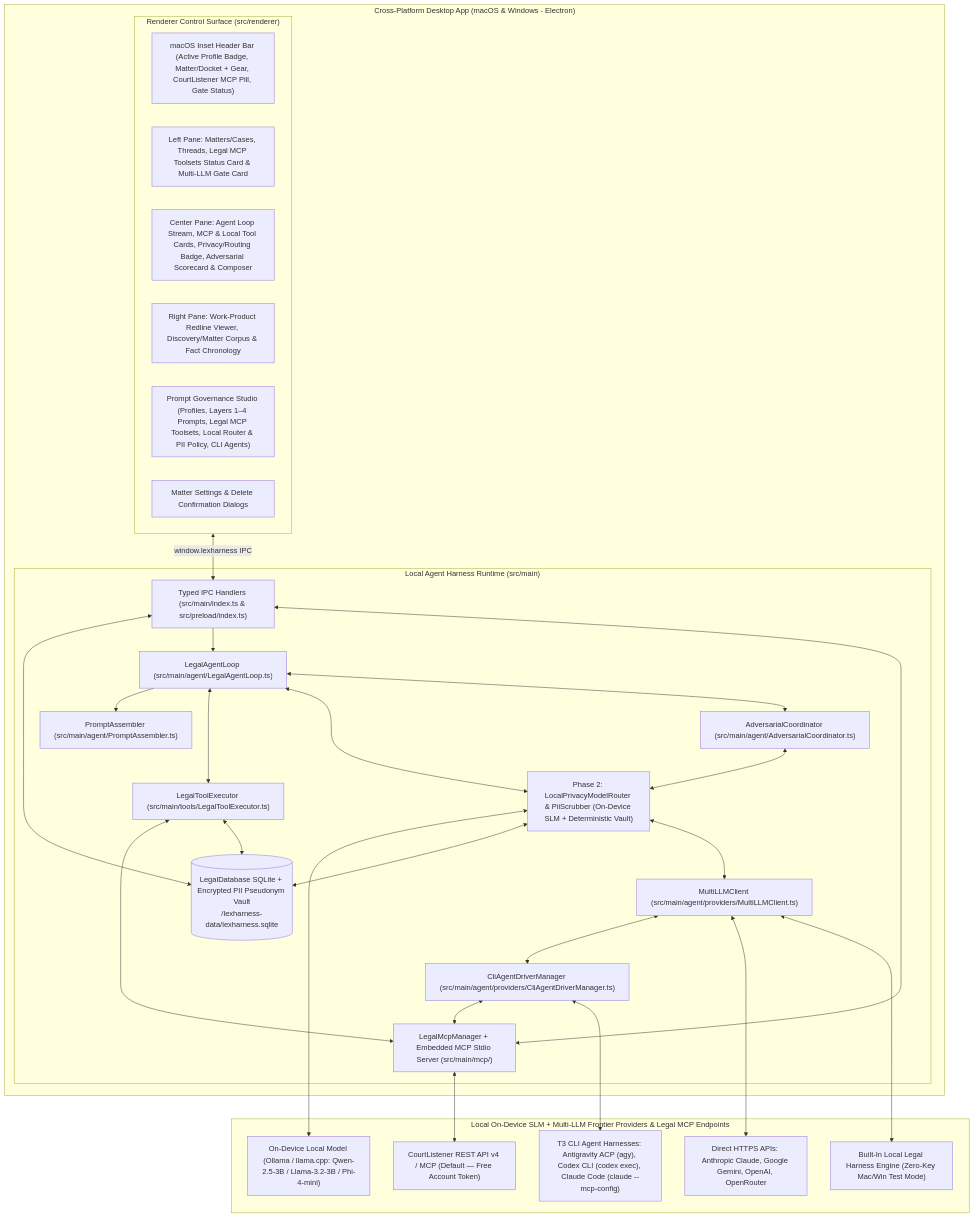
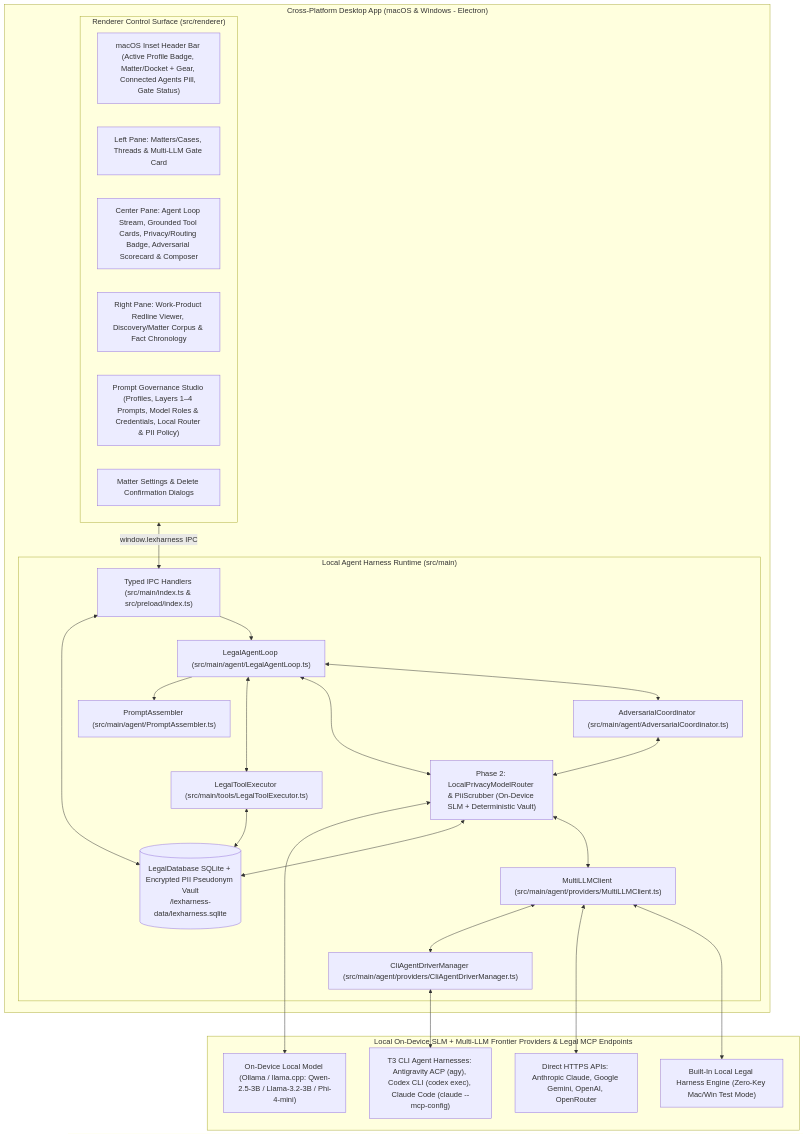
Before and after one commit to bentito/free-legal-assist: the first of 2 diagrams in docs/PLAN.md, drawn with Mermaid. The commit also changed other lines of this file and 14 other files, not shown here.

Commit message:
Refactor: remove harness-managed MCP and decouple MCP tooling into agent runtime

````diff
--- a/docs/PLAN.md
+++ b/docs/PLAN.md
@@ -22,55 +22,49 @@
 ```mermaid
 flowchart TB
     subgraph Desktop["Cross-Platform Desktop App (macOS & Windows - Electron)"]
         subgraph UI["Renderer Control Surface (src/renderer)"]
-            Header["macOS Inset Header Bar (Active Profile Badge, Matter/Docket + Gear, CourtListener MCP Pill, Gate Status)"]
-            LeftSidebar["Left Pane: Matters/Cases, Threads, Legal MCP Toolsets Status Card & Multi-LLM Gate Card"]
-            CenterStream["Center Pane: Agent Loop Stream, MCP & Local Tool Cards, Privacy/Routing Badge, Adversarial Scorecard & Composer"]
+            Header["macOS Inset Header Bar (Active Profile Badge, Matter/Docket + Gear, Connected Agents Pill, Gate Status)"]
+            LeftSidebar["Left Pane: Matters/Cases, Threads & Multi-LLM Gate Card"]
+            CenterStream["Center Pane: Agent Loop Stream, Grounded Tool Cards, Privacy/Routing Badge, Adversarial Scorecard & Composer"]
             RightPane["Right Pane: Work-Product Redline Viewer, Discovery/Matter Corpus & Fact Chronology"]
-            StudioModal["Prompt Governance Studio (Profiles, Layers 1–4 Prompts, Legal MCP Toolsets, Local Router & PII Policy, CLI Agents)"]
+            StudioModal["Prompt Governance Studio (Profiles, Layers 1–4 Prompts, Model Roles & Credentials, Local Router & PII Policy)"]
             MatterModal["Matter Settings & Delete Confirmation Dialogs"]
         end
 
         subgraph Core["Local Agent Harness Runtime (src/main)"]
             IPC["Typed IPC Handlers (src/main/index.ts & src/preload/index.ts)"]
             Orchestrator["LegalAgentLoop (src/main/agent/LegalAgentLoop.ts)"]
             PromptAssembler["PromptAssembler (src/main/agent/PromptAssembler.ts)"]
             RouterGateway["Phase 2: LocalPrivacyModelRouter & PiiScrubber (On-Device SLM + Deterministic Vault)"]
-            McpManager["LegalMcpManager + Embedded MCP Stdio Server (src/main/mcp/)"]
             CliDrivers["CliAgentDriverManager (src/main/agent/providers/CliAgentDriverManager.ts)"]
             AdversarialEngine["AdversarialCoordinator (src/main/agent/AdversarialCoordinator.ts)"]
             LLMClient["MultiLLMClient (src/main/agent/providers/MultiLLMClient.ts)"]
             ToolRunner["LegalToolExecutor (src/main/tools/LegalToolExecutor.ts)"]
             DB[("LegalDatabase SQLite + Encrypted PII Pseudonym Vault\n<userData>/lexharness-data/lexharness.sqlite")]
         end
     end
 
     subgraph Providers["Local On-Device SLM + Multi-LLM Frontier Providers & Legal MCP Endpoints"]
         LocalSLM["On-Device Local Model (Ollama / llama.cpp: Qwen-2.5-3B / Llama-3.2-3B / Phi-4-mini)"]
-        CourtListener["CourtListener REST API v4 / MCP (Default — Free Account Token)"]
         CLI["T3 CLI Agent Harnesses: Antigravity ACP (agy), Codex CLI (codex exec), Claude Code (claude --mcp-config)"]
         CloudAPIs["Direct HTTPS APIs: Anthropic Claude, Google Gemini, OpenAI, OpenRouter"]
         Sim["Built-In Local Legal Harness Engine (Zero-Key Mac/Win Test Mode)"]
     end
 
     UI <-->|window.lexharness IPC| IPC
     IPC <--> DB
     IPC --> Orchestrator
-    IPC <--> McpManager
     Orchestrator --> PromptAssembler
     Orchestrator <--> ToolRunner
-    ToolRunner <--> McpManager
-    McpManager <--> CourtListener
     ToolRunner <--> DB
     Orchestrator <--> RouterGateway
     RouterGateway <--> LocalSLM
     RouterGateway <--> DB
     RouterGateway <--> LLMClient
     Orchestrator <--> AdversarialEngine
     AdversarialEngine <--> RouterGateway
     LLMClient <--> CliDrivers
-    CliDrivers <--> McpManager
     CliDrivers <--> CLI
     LLMClient <--> CloudAPIs
     LLMClient <--> Sim
 ```
````
